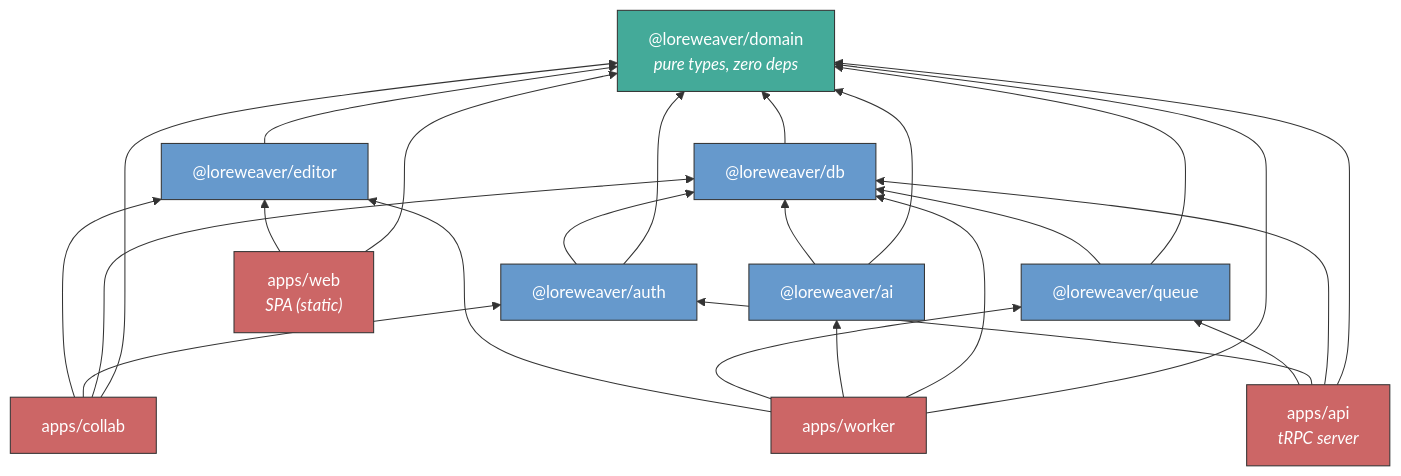
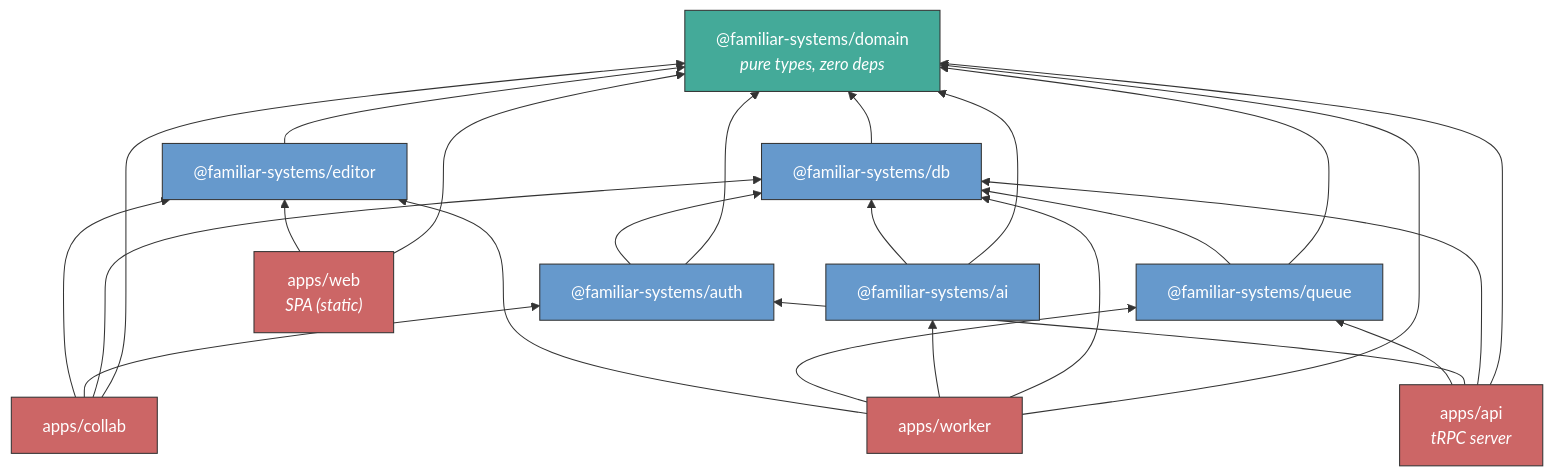
One commit to familiar-systems/familiar changed the diagram in docs/archive/plans/2026-02-14-spa-vs-ssr-design.md. Above: the diagram before and after it, drawn with Mermaid. The commit also changed other lines of this file and 11 other files, not shown here.

````diff
--- a/docs/archive/plans/2026-02-14-spa-vs-ssr-design.md
+++ b/docs/archive/plans/2026-02-14-spa-vs-ssr-design.md
@@ -209,43 +209,43 @@
 ```mermaid
 graph BT
-    domain["@loreweaver/domain<br/><i>pure types, zero deps</i>"]
+    domain["@familiar-systems/domain<br/><i>pure types, zero deps</i>"]
 
-    db["@loreweaver/db"] --> domain
-    editor["@loreweaver/editor"] --> domain
-    ai["@loreweaver/ai"] --> domain
+    db["@familiar-systems/db"] --> domain
+    editor["@familiar-systems/editor"] --> domain
+    ai["@familiar-systems/ai"] --> domain
     ai --> db
-    queue["@loreweaver/queue"] --> domain
+    queue["@familiar-systems/queue"] --> domain
     queue --> db
-    auth["@loreweaver/auth"] --> domain
+    auth["@familiar-systems/auth"] --> domain
     auth --> db
 
     web["apps/web<br/><i>SPA (static)</i>"] --> domain
     web --> editor
 
     api["apps/api<br/><i>tRPC server</i>"] --> domain
     api --> db
     api --> auth
     api --> queue
 
     collab["apps/collab"] --> domain
     collab --> db
     collab --> auth
     collab --> editor
 
     worker["apps/worker"] --> domain
     worker --> db
     worker --> ai
     worker --> queue
     worker --> editor
 
     style domain fill:#4a9,stroke:#333,color:#fff
     style db fill:#69c,stroke:#333,color:#fff
     style editor fill:#69c,stroke:#333,color:#fff
     style ai fill:#69c,stroke:#333,color:#fff
     style queue fill:#69c,stroke:#333,color:#fff
     style auth fill:#69c,stroke:#333,color:#fff
     style web fill:#c66,stroke:#333,color:#fff
     style api fill:#c66,stroke:#333,color:#fff
     style collab fill:#c66,stroke:#333,color:#fff
     style worker fill:#c66,stroke:#333,color:#fff
 ```
````
